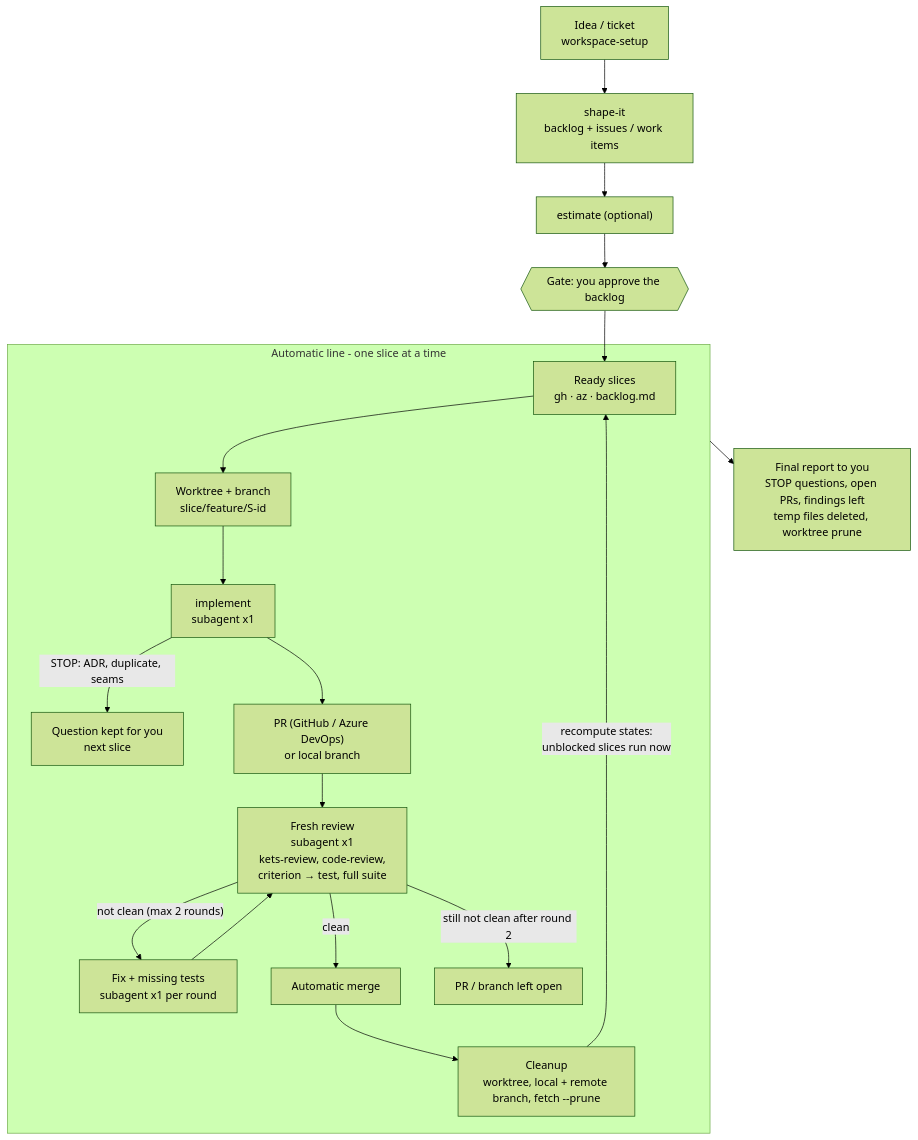
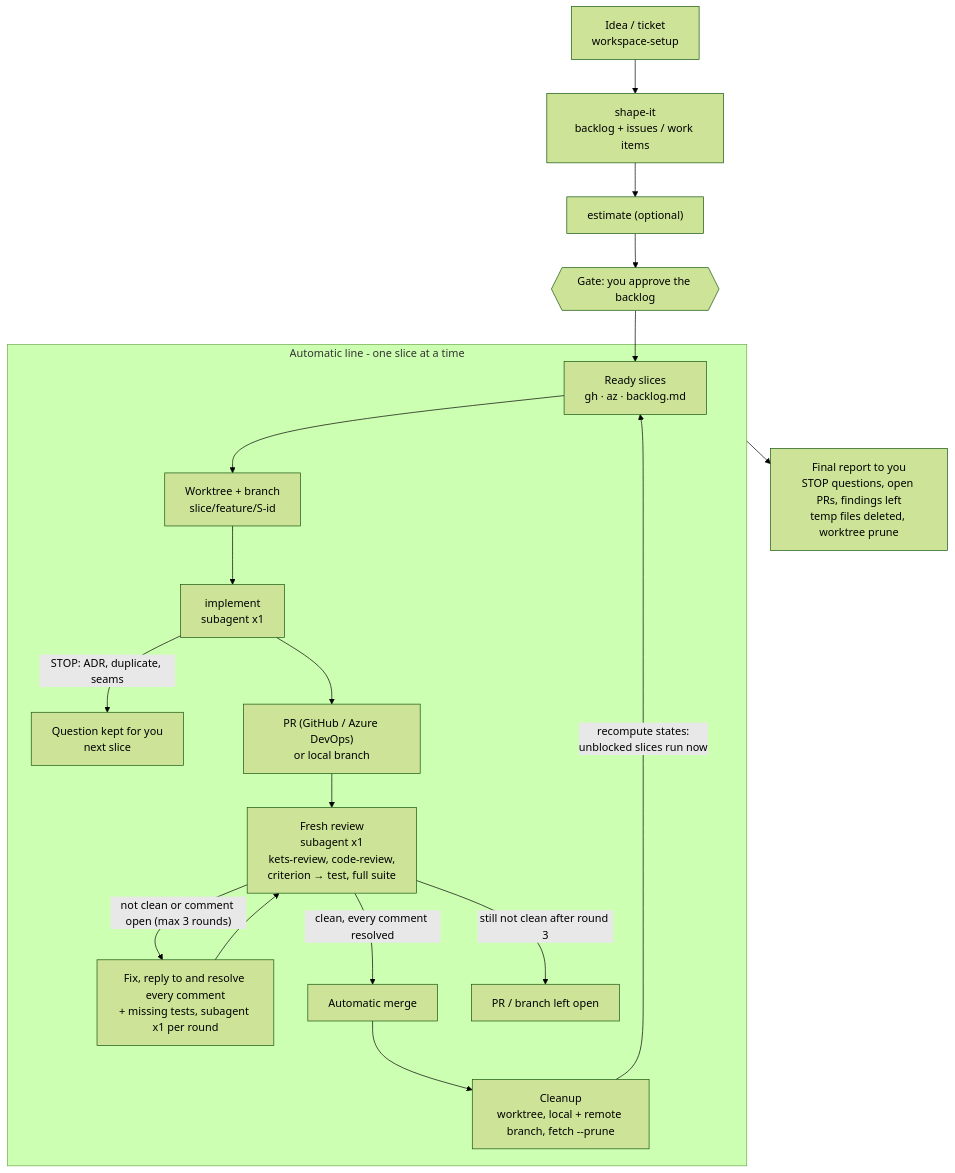
One commit to mikeleg/skills changed the diagram in docs/factory-flow.md. Above: the diagram before and after it, drawn with Mermaid (forest theme). The commit also changed other lines of this file and 3 other files, not shown here.

First line of the commit message:
factory: short PRs, UI screenshots, every review comment resolved, no lost test cases

````diff
--- a/docs/factory-flow.md
+++ b/docs/factory-flow.md
@@ -5,23 +5,23 @@
 ```mermaid
 flowchart TD
     idea["Idea / ticket<br/>workspace-setup"] --> shape["shape-it<br/>backlog + issues / work items"]
     shape --> est["estimate (optional)"]
     est --> gate{{"Gate: you approve the backlog"}}
 
     subgraph line ["Automatic line - one slice at a time"]
         ready["Ready slices<br/>gh · az · backlog.md"] --> wt["Worktree + branch<br/>slice/feature/S-id"]
         wt --> impl["implement<br/>subagent x1"]
         impl -- "STOP: ADR, duplicate, seams" --> stop["Question kept for you<br/>next slice"]
         impl --> pr["PR (GitHub / Azure DevOps)<br/>or local branch"]
         pr --> review["Fresh review<br/>subagent x1<br/>kets-review, code-review,<br/>criterion → test, full suite"]
-        review -- "not clean (max 2 rounds)" --> fix["Fix + missing tests<br/>subagent x1 per round"]
+        review -- "not clean or comment open (max 3 rounds)" --> fix["Fix, reply to and resolve every comment<br/>+ missing tests, subagent x1 per round"]
         fix --> review
-        review -- "clean" --> merge["Automatic merge"]
-        review -- "still not clean after round 2" --> open["PR / branch left open"]
+        review -- "clean, every comment resolved" --> merge["Automatic merge"]
+        review -- "still not clean after round 3" --> open["PR / branch left open"]
         merge --> clean["Cleanup<br/>worktree, local + remote branch, fetch --prune"]
         clean -- "recompute states:<br/>unblocked slices run now" --> ready
     end
 
     gate --> ready
     line --> report["Final report to you<br/>STOP questions, open PRs, findings left<br/>temp files deleted, worktree prune"]
 ```
````
